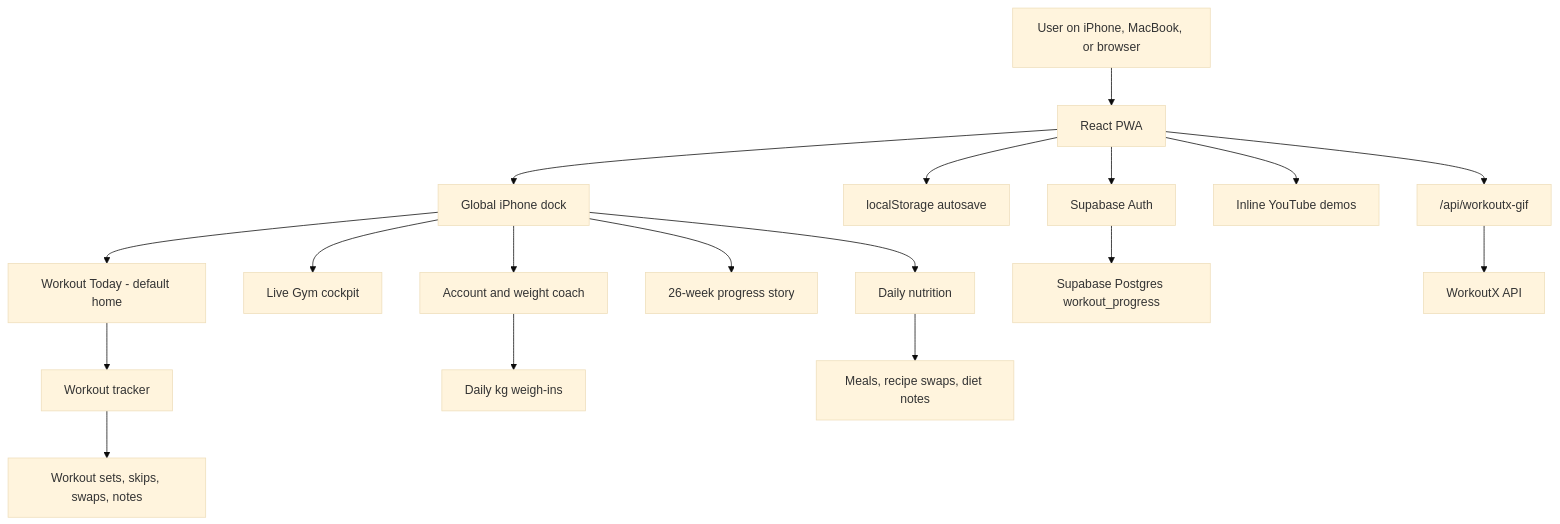
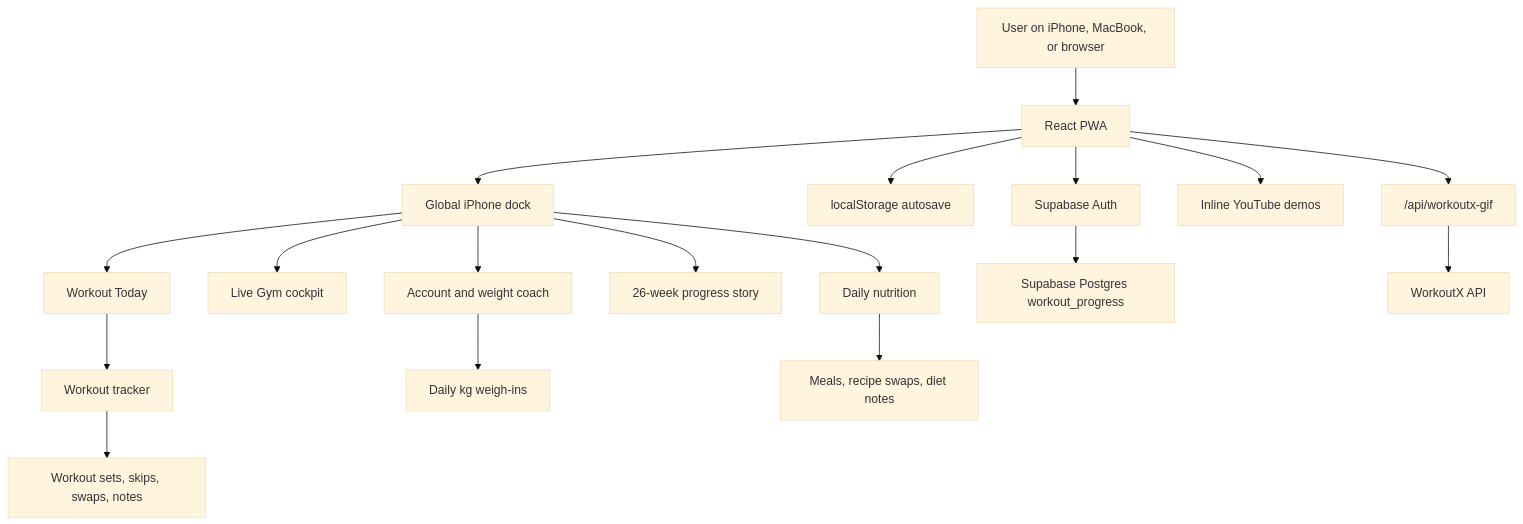
One commit to alinikan/workout-tracker changed the diagram in README.md. Above: the diagram before and after it, drawn with Mermaid (base theme). The commit also changed other lines of this file and 5 other files, not shown here.

````diff
--- a/README.md
+++ b/README.md
@@ -407,20 +407,20 @@
 ```mermaid
 flowchart TD
   User["User on iPhone, MacBook, or browser"] --> App["React PWA"]
   App --> Dock["Global iPhone dock"]
-  Dock --> Today["Workout Today - default home"]
+  Dock --> Today["Workout Today"]
   Dock --> Gym["Live Gym cockpit"]
   Dock --> Diet["Daily nutrition"]
   Dock --> Progress["26-week progress story"]
   Dock --> Coach["Account and weight coach"]
   App --> Local["localStorage autosave"]
   Today --> Workout["Workout tracker"]
   Coach --> Weight["Daily kg weigh-ins"]
   Workout --> Logs["Workout sets, skips, swaps, notes"]
   Diet --> Meals["Meals, recipe swaps, diet notes"]
   App --> SupabaseAuth["Supabase Auth"]
   SupabaseAuth --> SupabaseDB["Supabase Postgres workout_progress"]
   App --> YouTube["Inline YouTube demos"]
   App --> GifProxy["/api/workoutx-gif"]
   GifProxy --> WorkoutX["WorkoutX API"]
 ```
````
